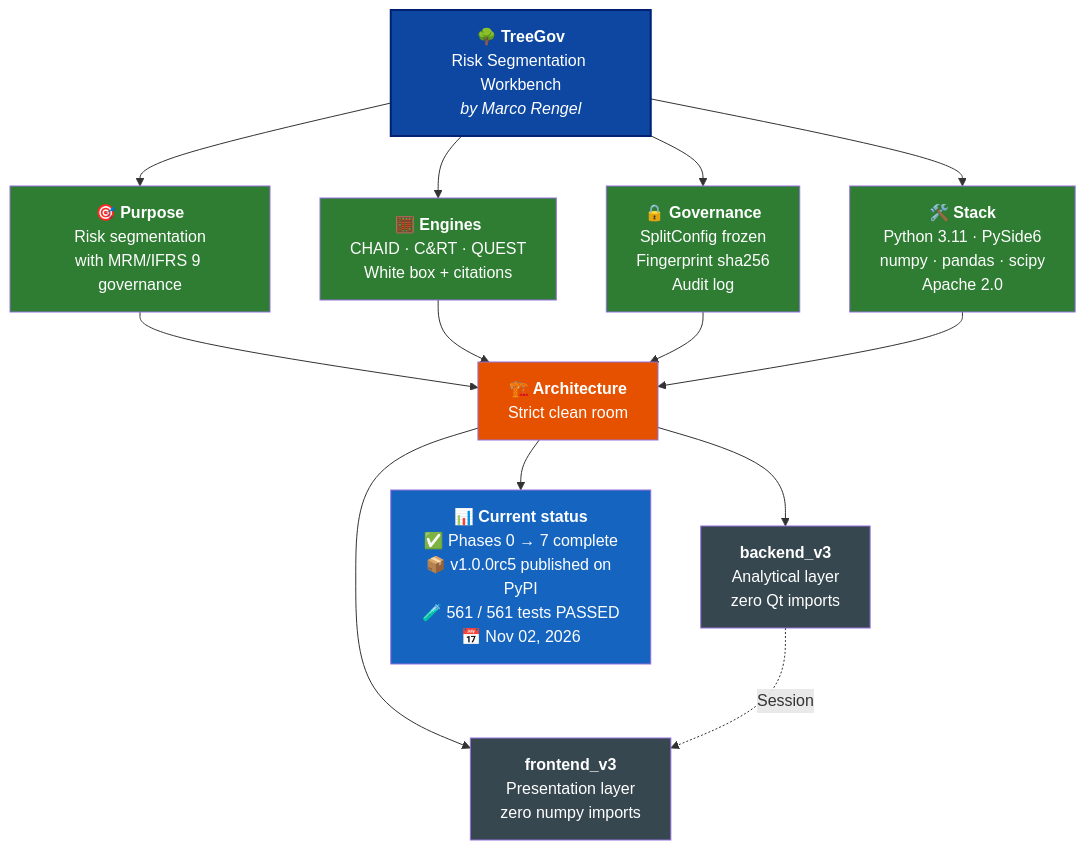
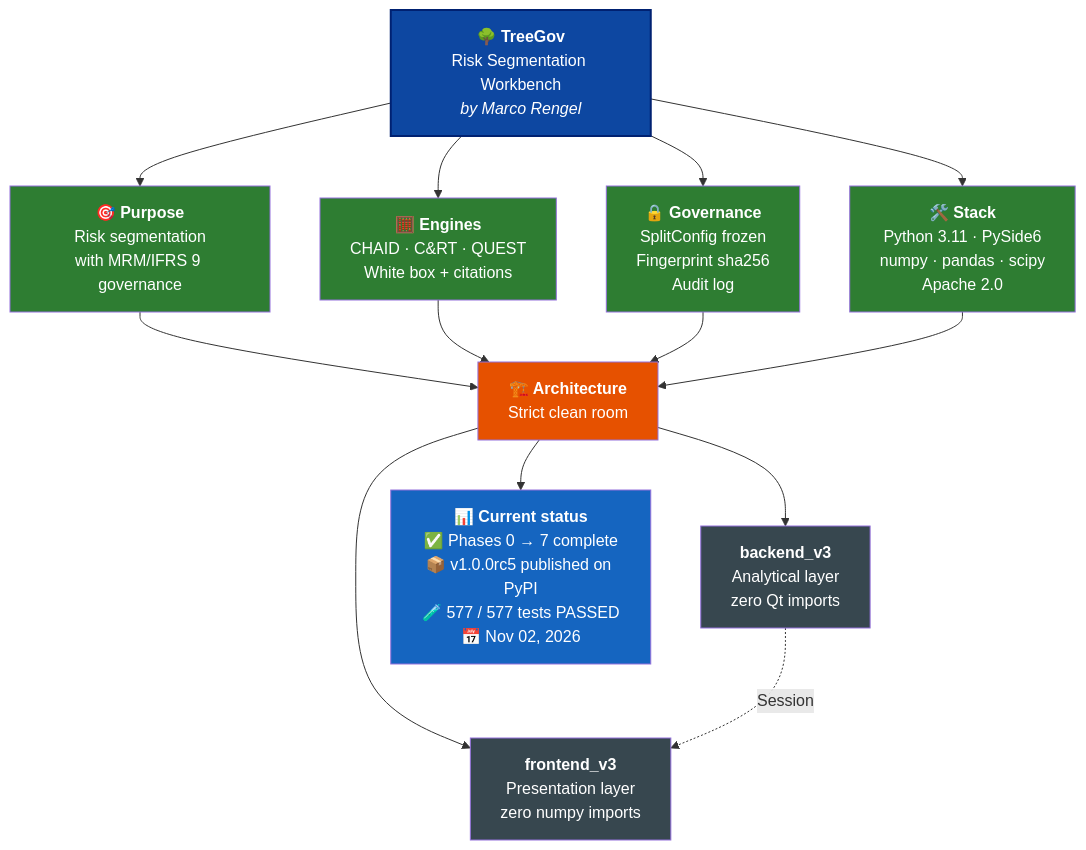
The diagram in README.md (Marco-Rengel/treegov), drawn with Mermaid before and after one commit. The commit also changed other lines of this file and 11 other files, not shown here.

````diff
--- a/README.md
+++ b/README.md
@@ -38,31 +38,31 @@
 ```mermaid
 flowchart TB
     TG["<b>🌳 TreeGov</b><br/>Risk Segmentation Workbench<br/><i>by Marco Rengel</i>"]
 
     TG --> P["<b>🎯 Purpose</b><br/>Risk segmentation<br/>with MRM/IFRS 9 governance"]
     TG --> M["<b>🧮 Engines</b><br/>CHAID · C&RT · QUEST<br/>White box + citations"]
     TG --> G["<b>🔒 Governance</b><br/>SplitConfig frozen<br/>Fingerprint sha256<br/>Audit log"]
     TG --> S["<b>🛠️ Stack</b><br/>Python 3.11 · PySide6<br/>numpy · pandas · scipy<br/>Apache 2.0"]
 
     P --> ARQ["<b>🏗️ Architecture</b><br/>Strict clean room"]
     M --> ARQ
     G --> ARQ
     S --> ARQ
 
     ARQ --> BE["<b>backend_v3</b><br/>Analytical layer<br/>zero Qt imports"]
     ARQ --> FE["<b>frontend_v3</b><br/>Presentation layer<br/>zero numpy imports"]
 
     BE -.->|Session| FE
 
-    ARQ --> ST["<b>📊 Current status</b><br/>✅ Phases 0 → 7 complete<br/>📦 v1.0.0rc5 published on PyPI<br/>🧪 561 / 561 tests PASSED<br/>📅 Nov 02, 2026"]
+    ARQ --> ST["<b>📊 Current status</b><br/>✅ Phases 0 → 7 complete<br/>📦 v1.0.0rc5 published on PyPI<br/>🧪 577 / 577 tests PASSED<br/>📅 Nov 02, 2026"]
 
     style TG fill:#0D47A1,color:#fff,stroke:#002171,stroke-width:2px
     style P fill:#2E7D32,color:#fff
     style M fill:#2E7D32,color:#fff
     style G fill:#2E7D32,color:#fff
     style S fill:#2E7D32,color:#fff
     style ARQ fill:#E65100,color:#fff
     style BE fill:#37474F,color:#fff
     style FE fill:#37474F,color:#fff
     style ST fill:#1565C0,color:#fff
 ```
````
